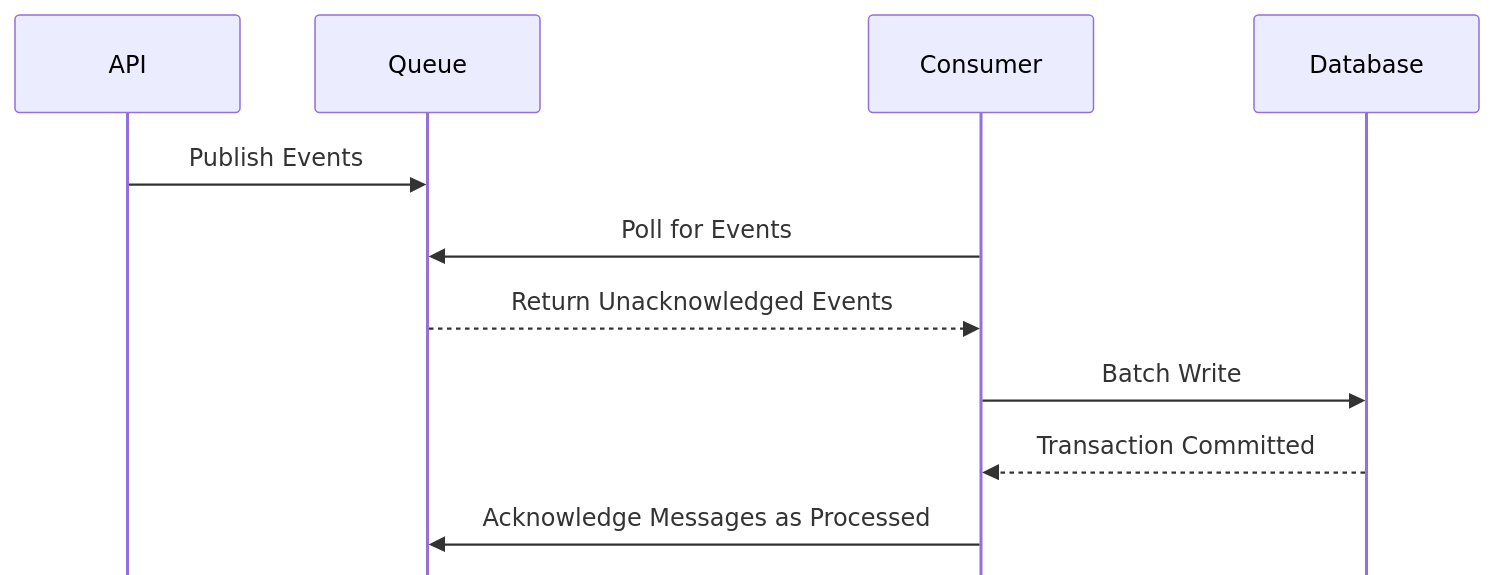
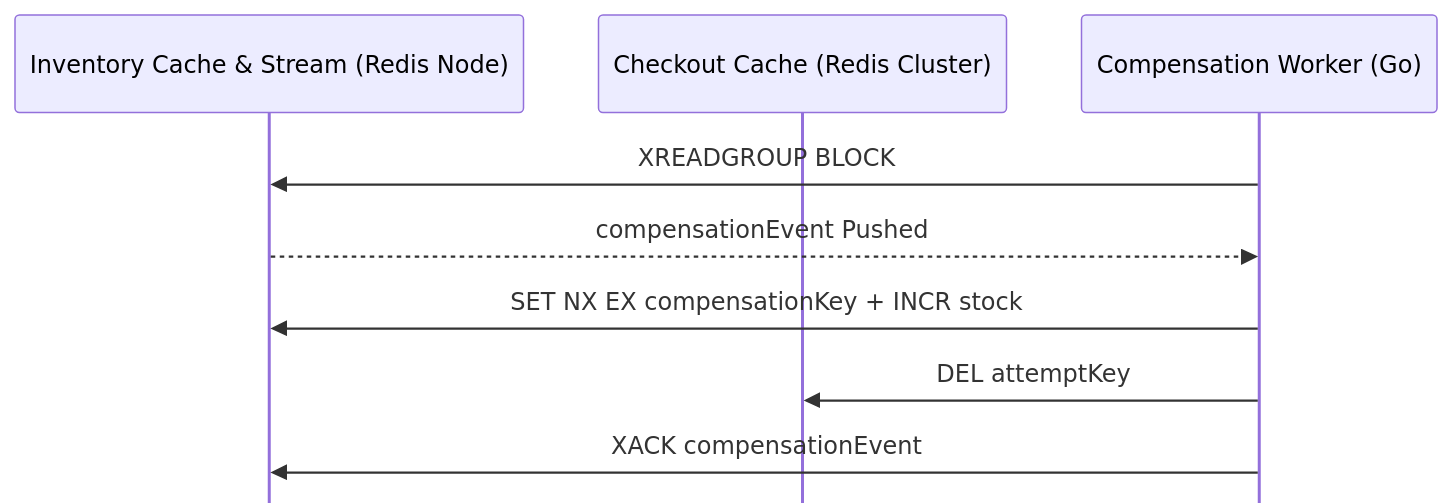
The third of 4 diagrams in docs/DESIGN.md (way-r/FairCheckout), drawn with Mermaid before and after one commit. The commit also changed other lines of this file, not shown here.

````diff
--- a/docs/DESIGN.md
+++ b/docs/DESIGN.md
@@ -86,18 +81,15 @@
 ```mermaid
 sequenceDiagram
-    %%{init: {'sequence': {'mirrorActors': false}}}%%
-
-    participant API as API
-    participant Q as Queue
-    participant C as Consumer
-    participant D as Database
-
-    API->>Q: Publish Events
-    C->>Q: Poll for Events
-    Q-->>C: Return Unacknowledged Events
-    
-    C->>D: Batch Write
-    D-->>C: Transaction Committed
-
-    C->>Q: Acknowledge Messages as Processed
+	%%{init: {'sequence': {'mirrorActors': false}}}%%
+	
+	participant IC as Inventory Cache & Stream (Redis Node)
+	participant CC as Checkout Cache (Redis Cluster)
+	participant CW as Compensation Worker (Go)
+	
+	CW->>IC: XREADGROUP BLOCK
+	IC-->>CW: compensationEvent Pushed
+	
+	CW->>IC: SET NX EX compensationKey + INCR stock
+	CW->>CC: DEL attemptKey
+	CW->>IC: XACK compensationEvent
 ```
````
